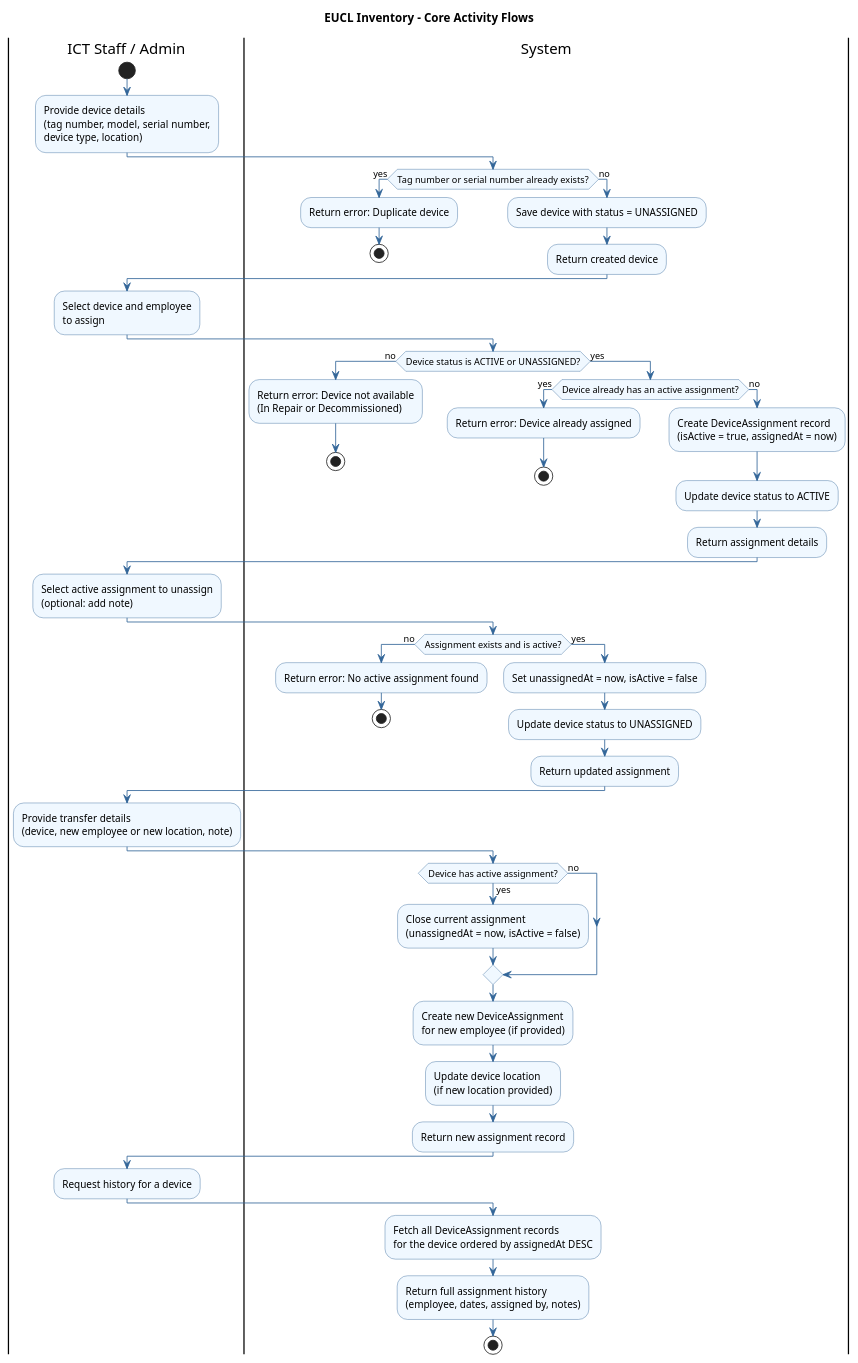
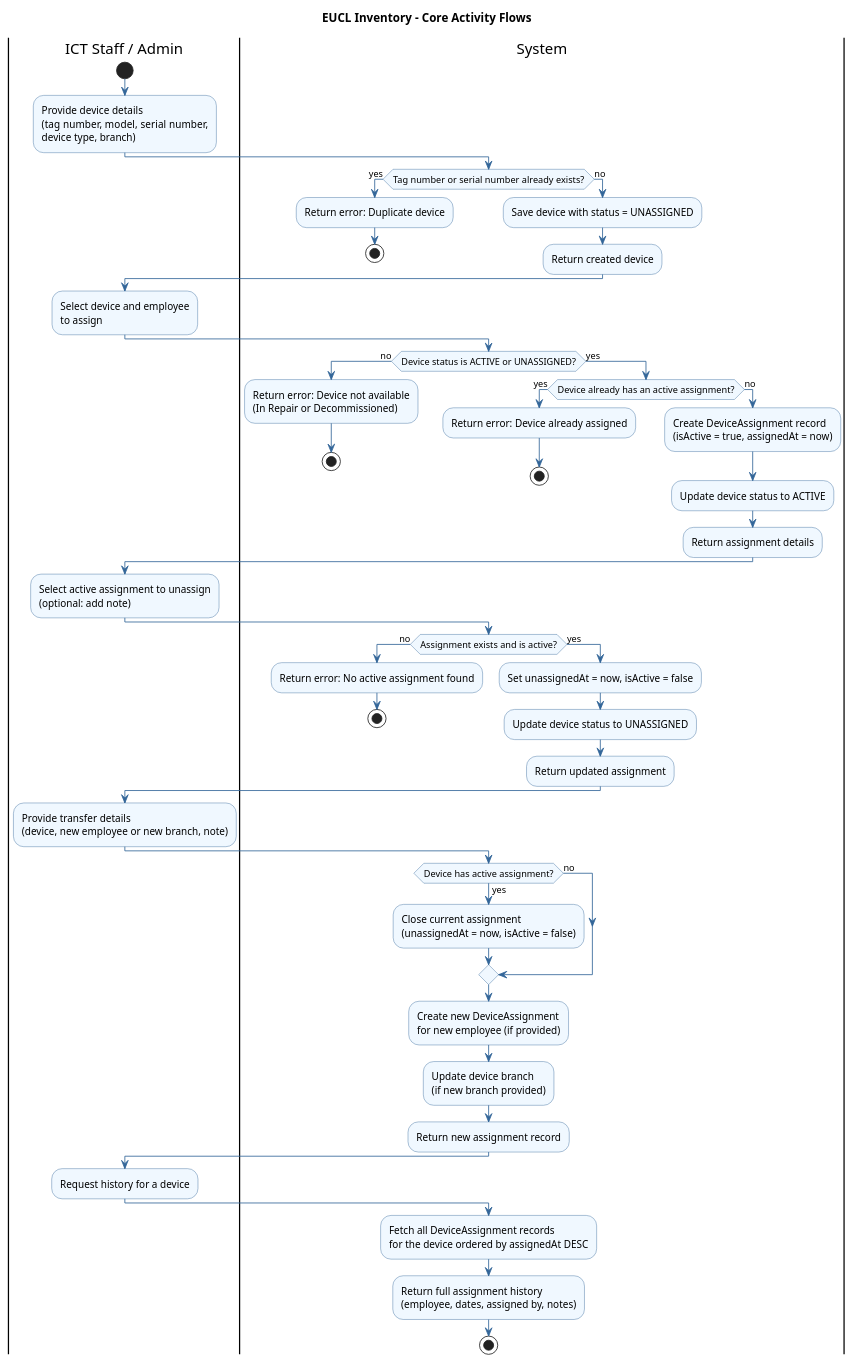
One commit to Noah-loic/Electronic-inventory-management changed the diagram in EUCL/src/uml/activity_diagram.puml. Above: the diagram before and after it, drawn with PlantUML. The commit also changed 4 other files, not shown here.

Commit message:
Add UML diagrams and update activity, class, ERD, and use case diagrams for inventory management add documentation for all the uml diagrams

```diff
--- a/EUCL/src/uml/activity_diagram.puml
+++ b/EUCL/src/uml/activity_diagram.puml
@@ -1,89 +1,89 @@
 @startuml ActivityDiagram
 
 skinparam activityBackgroundColor #f0f8ff
 skinparam activityBorderColor #336699
 skinparam arrowColor #336699
 
 title EUCL Inventory - Core Activity Flows
 
 ' ══════════════════════════════════════════
 ' FLOW 1: Register a Device
 ' ══════════════════════════════════════════
 |ICT Staff / Admin|
 start
-:Provide device details\n(tag number, model, serial number,\ndevice type, location);
+:Provide device details\n(tag number, model, serial number,\ndevice type, branch);
 
 |System|
 if (Tag number or serial number already exists?) then (yes)
     :Return error: Duplicate device;
     stop
 else (no)
     :Save device with status = UNASSIGNED;
     :Return created device;
 endif
 
 ' ══════════════════════════════════════════
 ' FLOW 2: Assign Device to Employee
 ' ══════════════════════════════════════════
 |ICT Staff / Admin|
 :Select device and employee\nto assign;
 
 |System|
 if (Device status is ACTIVE or UNASSIGNED?) then (no)
     :Return error: Device not available\n(In Repair or Decommissioned);
     stop
 else (yes)
     if (Device already has an active assignment?) then (yes)
         :Return error: Device already assigned;
         stop
     else (no)
         :Create DeviceAssignment record\n(isActive = true, assignedAt = now);
         :Update device status to ACTIVE;
         :Return assignment details;
     endif
 endif
 
 ' ══════════════════════════════════════════
 ' FLOW 3: Unassign Device
 ' ══════════════════════════════════════════
 |ICT Staff / Admin|
 :Select active assignment to unassign\n(optional: add note);
 
 |System|
 if (Assignment exists and is active?) then (no)
     :Return error: No active assignment found;
     stop
 else (yes)
     :Set unassignedAt = now, isActive = false;
     :Update device status to UNASSIGNED;
     :Return updated assignment;
 endif
 
 ' ══════════════════════════════════════════
 ' FLOW 4: Transfer Device
 ' ══════════════════════════════════════════
 |ICT Staff / Admin|
-:Provide transfer details\n(device, new employee or new location, note);
+:Provide transfer details\n(device, new employee or new branch, note);
 
 |System|
 if (Device has active assignment?) then (yes)
     :Close current assignment\n(unassignedAt = now, isActive = false);
 else (no)
 endif
 :Create new DeviceAssignment\nfor new employee (if provided);
-:Update device location\n(if new location provided);
+:Update device branch\n(if new branch provided);
 :Return new assignment record;
 
 ' ══════════════════════════════════════════
 ' FLOW 5: View Device History
 ' ══════════════════════════════════════════
 |ICT Staff / Admin|
 :Request history for a device;
 
 |System|
 :Fetch all DeviceAssignment records\nfor the device ordered by assignedAt DESC;
 :Return full assignment history\n(employee, dates, assigned by, notes);
 
 stop
 
 @enduml
```
